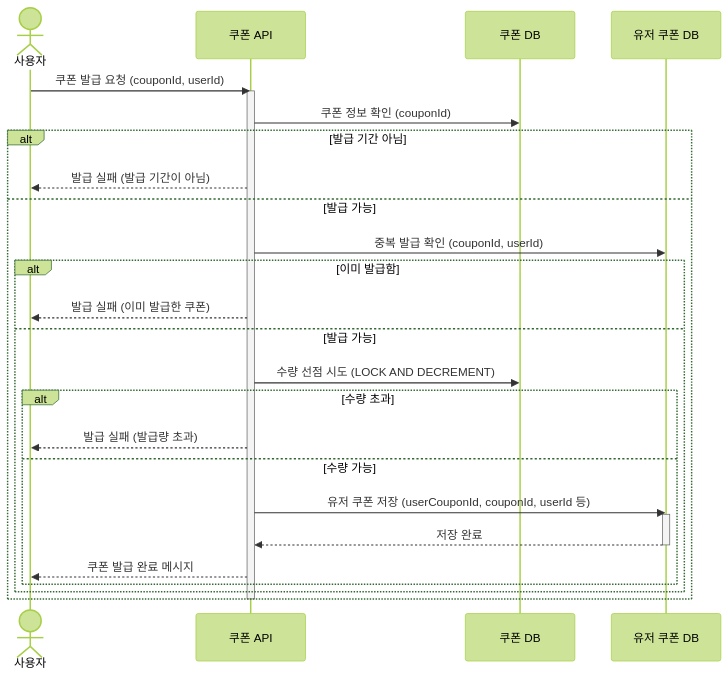
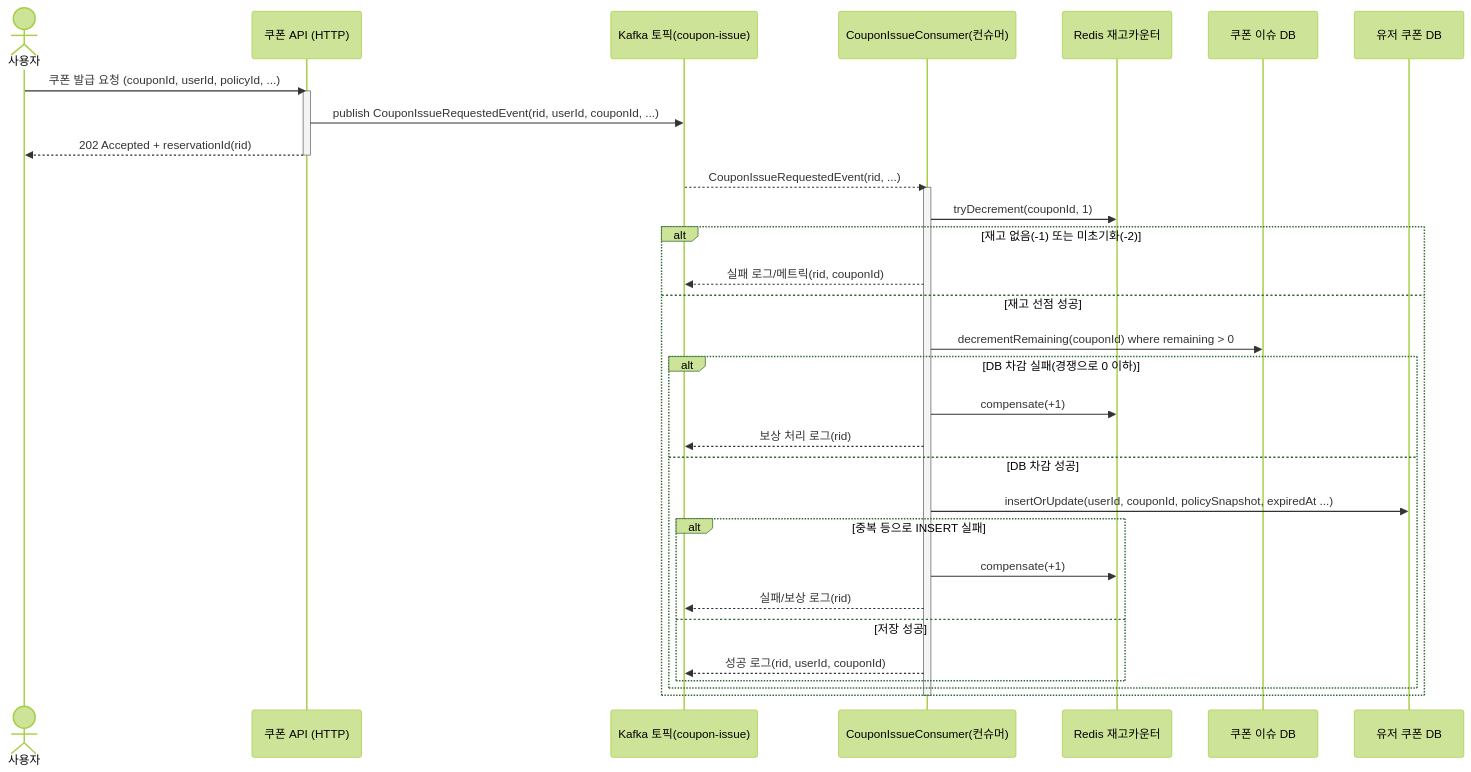
Before and after one commit to sky96027/e-commerce: the seventh of 10 diagrams in docs/설계/Sequence.md, drawn with Mermaid (forest theme). The commit also changed other lines of this file, not shown here.

Commit message:
DOCS : 시퀀스 다이어그램 변경

````diff
--- a/docs/설계/Sequence.md
+++ b/docs/설계/Sequence.md
@@ -177,36 +177,45 @@
 ```mermaid
 sequenceDiagram
     actor User as 사용자
-    participant CouponAPI as 쿠폰 API
-    participant CouponBatchDB as 쿠폰 DB
+    participant CouponAPI as 쿠폰 API (HTTP)
+    participant Kafka as Kafka 토픽(coupon-issue)
+    participant Consumer as CouponIssueConsumer(컨슈머)
+    participant Redis as Redis 재고카운터
+    participant CouponDB as 쿠폰 이슈 DB
     participant UserCouponDB as 유저 쿠폰 DB
 
-    User ->> CouponAPI: 쿠폰 발급 요청 (couponId, userId)
+    User ->> CouponAPI: 쿠폰 발급 요청 (couponId, userId, policyId, ...)
     activate CouponAPI
 
-    %% 1. 발급 가능 기간 확인
-    CouponAPI ->> CouponBatchDB: 쿠폰 정보 확인 (couponId)
+    %% 1) API는 즉시 이벤트 발행
+    CouponAPI ->> Kafka: publish CouponIssueRequestedEvent(rid, userId, couponId, ...)
+    CouponAPI -->> User: 202 Accepted + reservationId(rid)
+    deactivate CouponAPI
 
-    alt 발급 기간 아님
-        CouponAPI -->> User: 발급 실패 (발급 기간이 아님)
-    else 발급 가능
-        %% 2. 중복 발급 확인
-        CouponAPI ->> UserCouponDB: 중복 발급 확인 (couponId, userId)
+    %% 2) 컨슈머가 이벤트를 비동기 처리
+    Kafka -->> Consumer: CouponIssueRequestedEvent(rid, ...)
+    activate Consumer
 
-        alt 이미 발급함
-            CouponAPI -->> User: 발급 실패 (이미 발급한 쿠폰)
-        else 발급 가능
-            CouponAPI ->> CouponBatchDB: 수량 선점 시도 (LOCK AND DECREMENT) 
-            alt 수량 초과
-                CouponAPI -->> User: 발급 실패 (발급량 초과)
-            else 수량 가능
-                CouponAPI ->> UserCouponDB: 유저 쿠폰 저장 (userCouponId, couponId, userId 등)
-                activate UserCouponDB
-                UserCouponDB -->> CouponAPI: 저장 완료
-                deactivate UserCouponDB
-                CouponAPI -->> User: 쿠폰 발급 완료 메시지
+    %% 2-1) 재고 선점 (원자 감소)
+    Consumer ->> Redis: tryDecrement(couponId, 1)
+    alt 재고 없음(-1) 또는 미초기화(-2)
+        Consumer -->> Kafka: 실패 로그/메트릭(rid, couponId)
+    else 재고 선점 성공
+        %% 2-2) DB write-through
+        Consumer ->> CouponDB: decrementRemaining(couponId) where remaining > 0
+        alt DB 차감 실패(경쟁으로 0 이하)
+            Consumer ->> Redis: compensate(+1)
+            Consumer -->> Kafka: 보상 처리 로그(rid)
+        else DB 차감 성공
+            %% 2-3) 유저 쿠폰 저장 (유니크 인덱스로 중복 방지)
+            Consumer ->> UserCouponDB: insertOrUpdate(userId, couponId, policySnapshot, expiredAt ...)
+            alt 중복 등으로 INSERT 실패
+                Consumer ->> Redis: compensate(+1)
+                Consumer -->> Kafka: 실패/보상 로그(rid)
+            else 저장 성공
+                Consumer -->> Kafka: 성공 로그(rid, userId, couponId)
             end
         end
     end
-    deactivate CouponAPI
+    deactivate Consumer
 ```
````
